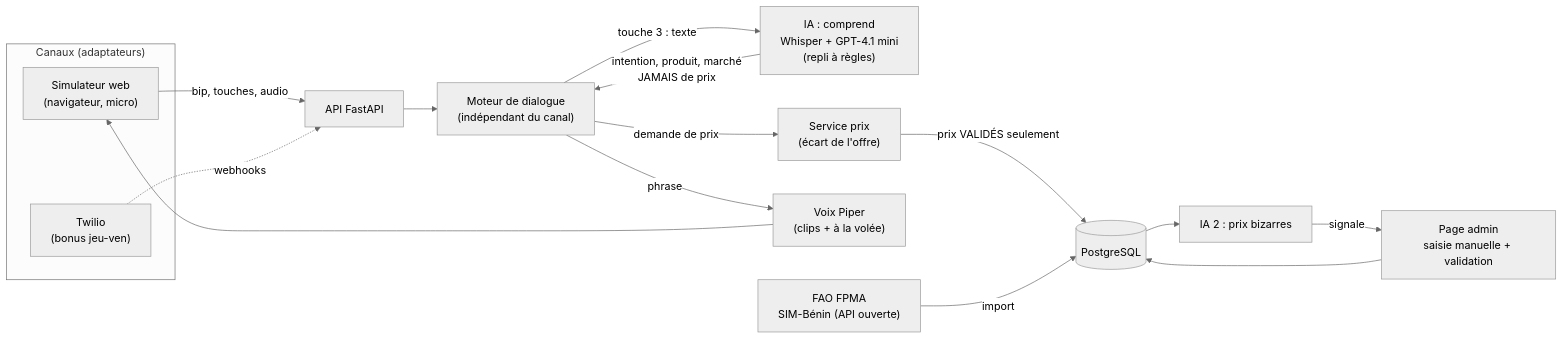
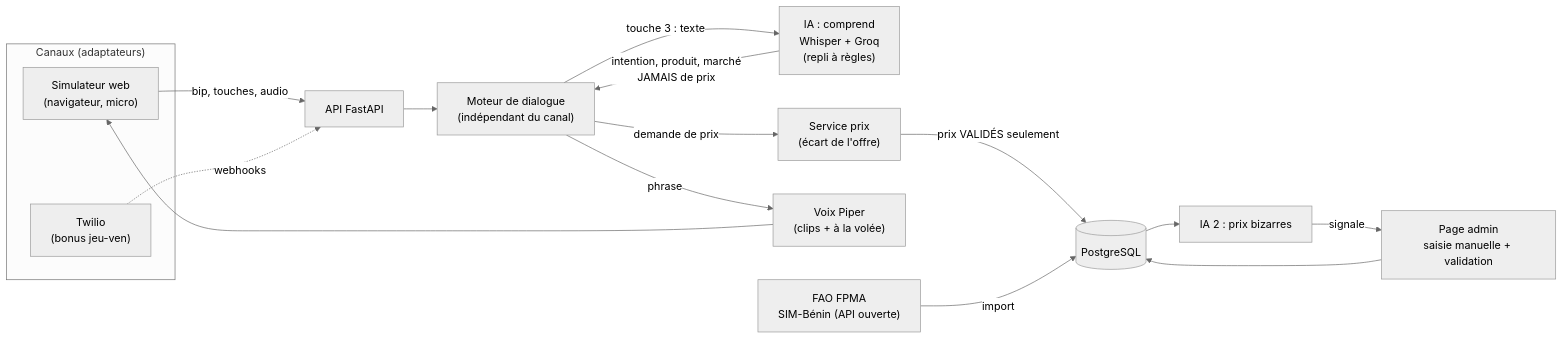
One commit to 18-Preciouscod/squadra8-prix-agricoles changed the diagram in docs/architecture.mmd. Above: the diagram before and after it, drawn with Mermaid (neutral theme). The commit also changed 5 other files, not shown here.

Commit message:
feat: IA Groq + règles de secours

```diff
--- a/docs/architecture.mmd
+++ b/docs/architecture.mmd
@@ -1,18 +1,18 @@
 flowchart LR
   subgraph Canaux["Canaux (adaptateurs)"]
     SIM["Simulateur web<br/>(navigateur, micro)"]
     TW["Twilio<br/>(bonus jeu-ven)"]
   end
   SIM -->|"bip, touches, audio"| API["API FastAPI"]
   TW -.->|"webhooks"| API
   API --> MOT["Moteur de dialogue<br/>(indépendant du canal)"]
-  MOT -->|"touche 3 : texte"| IA["IA : comprend<br/>Whisper + GPT-4.1 mini<br/>(repli à règles)"]
+  MOT -->|"touche 3 : texte"| IA["IA : comprend<br/>Whisper + Groq<br/>(repli à règles)"]
   IA -->|"intention, produit, marché<br/>JAMAIS de prix"| MOT
   MOT -->|"demande de prix"| PRIX["Service prix<br/>(écart de l'offre)"]
   PRIX -->|"prix VALIDÉS seulement"| DB[("PostgreSQL")]
   MOT -->|"phrase"| VOIX["Voix Piper<br/>(clips + à la volée)"]
   VOIX --> SIM
   FAO["FAO FPMA<br/>SIM-Bénin (API ouverte)"] -->|"import"| DB
   ADM["Page admin<br/>saisie manuelle + validation"] --> DB
   IA2["IA 2 : prix bizarres"] -->|"signale"| ADM
   DB --> IA2
```
